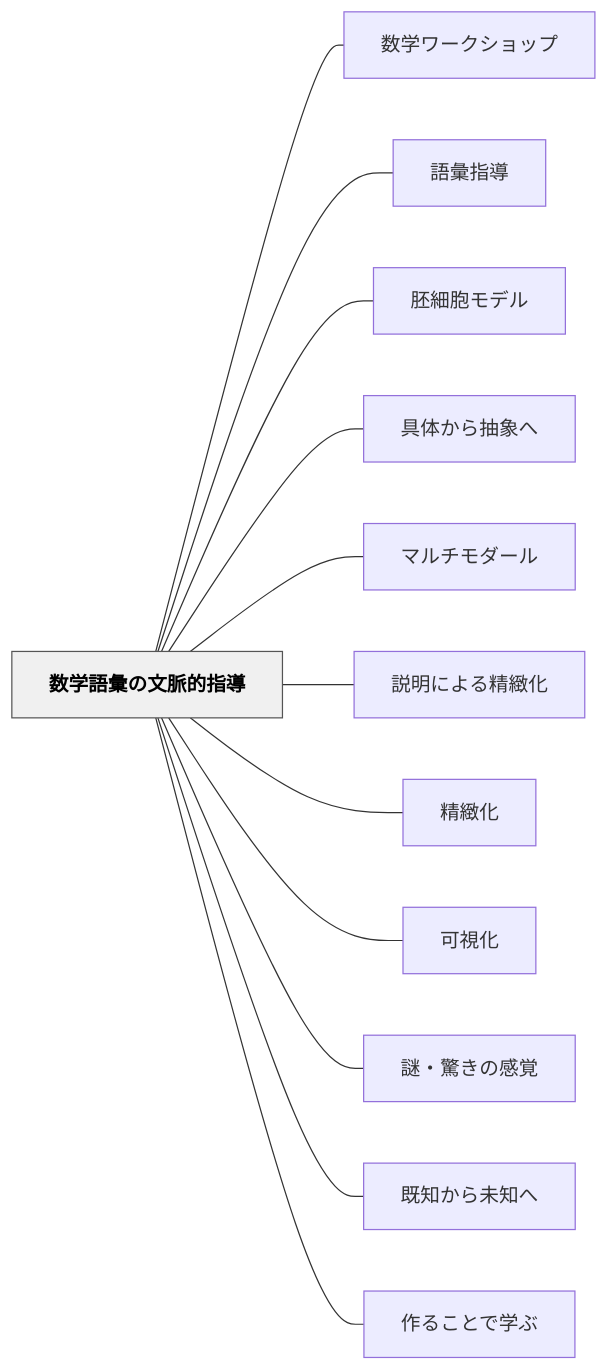
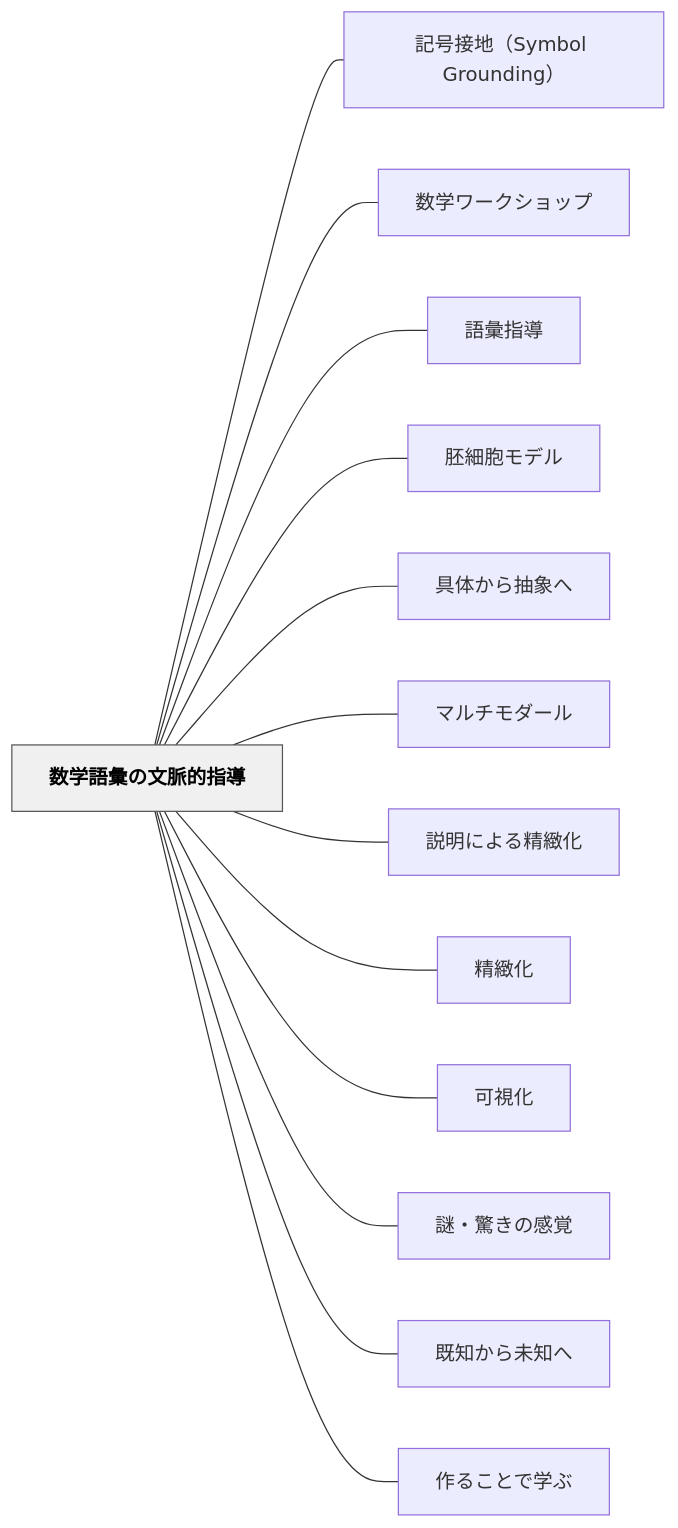
One commit to unknownthings-ed-patterns/unknownthings-ed-patterns changed the diagram in content/パタン/数学語彙の文脈的指導.md. Above: the diagram before and after it, drawn with Mermaid. The commit also changed other lines of this file and 185 other files, not shown here.

````diff
--- a/content/パタン/数学語彙の文脈的指導.md
+++ b/content/パタン/数学語彙の文脈的指導.md
@@ -177,30 +178,32 @@
 ```mermaid
 flowchart LR
     ne695b0e5ada6e8aa9ee5bd99e381aee69687e88488e79a84e68c87e5b08e["数学語彙の文脈的指導"]
+    ne8a898e58fb7e68ea5e59cb0efbc8853796d626f6c2047726f756e64696e67efbc89["記号接地（Symbol Grounding）"]
     ne695b0e5ada6e383afe383bce382afe382b7e383a7e38383e38397["数学ワークショップ"]
     ne8aa9ee5bd99e68c87e5b08e["語彙指導"]
     ne8839ae7b4b0e8839ee383a2e38387e383ab["胚細胞モデル"]
     ne585b7e4bd93e3818be38289e68abde8b1a1e381b8["具体から抽象へ"]
     ne3839ee383abe38381e383a2e38380e383bce383ab["マルチモダール"]
     ne8aaace6988ee381abe38288e3828be7b2bee7b7bbe58c96["説明による精緻化"]
     ne7b2bee7b7bbe58c96["精緻化"]
     ne58fafe8a696e58c96["可視化"]
     ne8ac8ee383bbe9a99ae3818de381aee6849fe8a69a["謎・驚きの感覚"]
     ne697a2e79fa5e3818be38289e69caae79fa5e381b8["既知から未知へ"]
     ne4bd9ce3828be38193e381a8e381a7e5ada6e381b6["作ることで学ぶ"]
 
+    ne695b0e5ada6e8aa9ee5bd99e381aee69687e88488e79a84e68c87e5b08e --- ne8a898e58fb7e68ea5e59cb0efbc8853796d626f6c2047726f756e64696e67efbc89
     ne695b0e5ada6e8aa9ee5bd99e381aee69687e88488e79a84e68c87e5b08e --- ne695b0e5ada6e383afe383bce382afe382b7e383a7e38383e38397
     ne695b0e5ada6e8aa9ee5bd99e381aee69687e88488e79a84e68c87e5b08e --- ne8aa9ee5bd99e68c87e5b08e
     ne695b0e5ada6e8aa9ee5bd99e381aee69687e88488e79a84e68c87e5b08e --- ne8839ae7b4b0e8839ee383a2e38387e383ab
     ne695b0e5ada6e8aa9ee5bd99e381aee69687e88488e79a84e68c87e5b08e --- ne585b7e4bd93e3818be38289e68abde8b1a1e381b8
     ne695b0e5ada6e8aa9ee5bd99e381aee69687e88488e79a84e68c87e5b08e --- ne3839ee383abe38381e383a2e38380e383bce383ab
     ne695b0e5ada6e8aa9ee5bd99e381aee69687e88488e79a84e68c87e5b08e --- ne8aaace6988ee381abe38288e3828be7b2bee7b7bbe58c96
     ne695b0e5ada6e8aa9ee5bd99e381aee69687e88488e79a84e68c87e5b08e --- ne7b2bee7b7bbe58c96
     ne695b0e5ada6e8aa9ee5bd99e381aee69687e88488e79a84e68c87e5b08e --- ne58fafe8a696e58c96
     ne695b0e5ada6e8aa9ee5bd99e381aee69687e88488e79a84e68c87e5b08e --- ne8ac8ee383bbe9a99ae3818de381aee6849fe8a69a
     ne695b0e5ada6e8aa9ee5bd99e381aee69687e88488e79a84e68c87e5b08e --- ne697a2e79fa5e3818be38289e69caae79fa5e381b8
     ne695b0e5ada6e8aa9ee5bd99e381aee69687e88488e79a84e68c87e5b08e --- ne4bd9ce3828be38193e381a8e381a7e5ada6e381b6
 
     classDef hub fill:#f0f0f0,stroke:#555,color:#000,font-weight:bold
     class ne695b0e5ada6e8aa9ee5bd99e381aee69687e88488e79a84e68c87e5b08e hub
 ```
````
